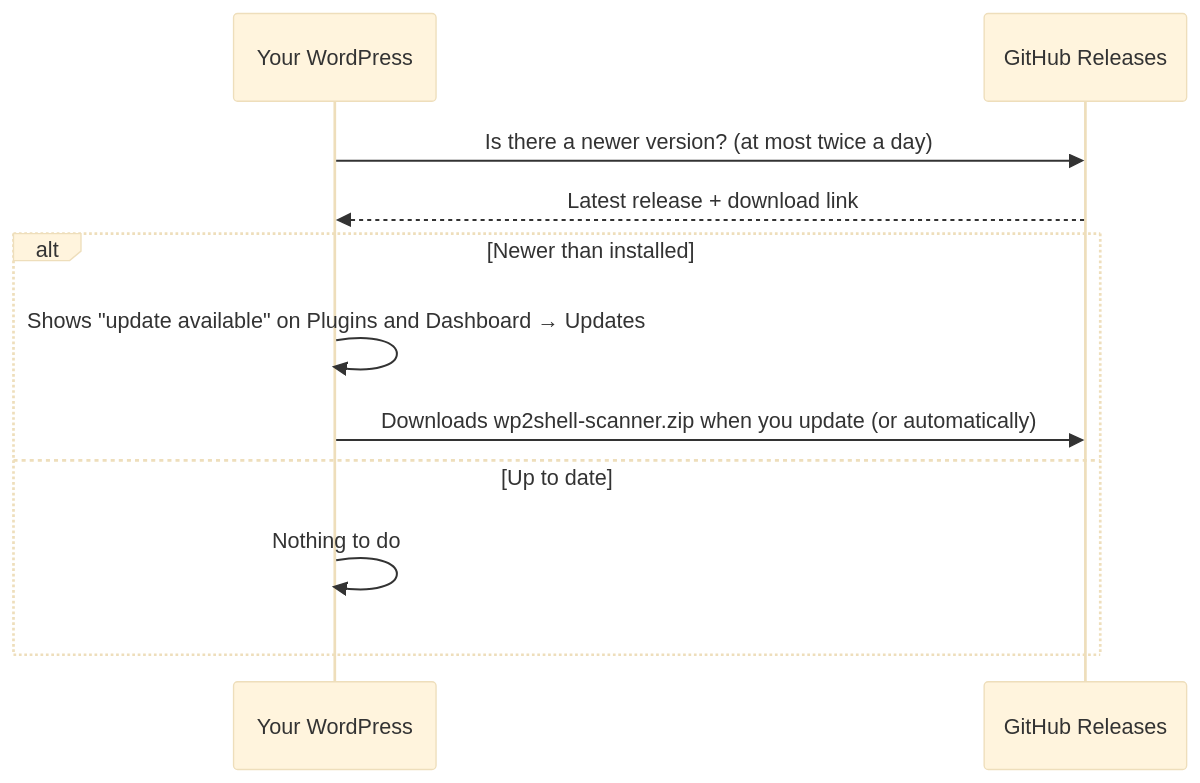
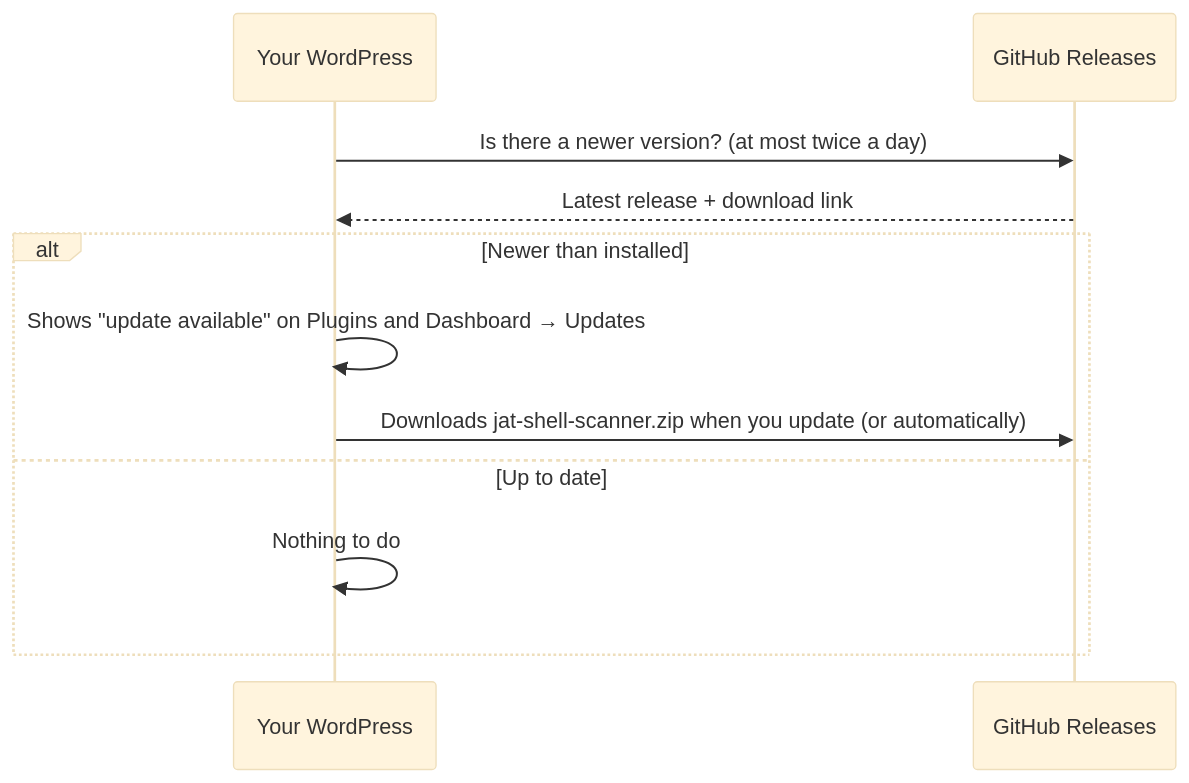
One commit to CptNope/JAT-Shell-Scanner changed the tenth of 17 diagrams in README.md. Above: the diagram before and after it, drawn with Mermaid (base theme). The commit also changed other lines of this file and 18 other files, not shown here.

First line of the commit message:
Use the JAT Shell Scanner name everywhere

````diff
--- a/README.md
+++ b/README.md
@@ -536,13 +536,13 @@
 ```mermaid
 sequenceDiagram
     participant WP as Your WordPress
     participant GH as GitHub Releases
     WP->>GH: Is there a newer version? (at most twice a day)
     GH-->>WP: Latest release + download link
     alt Newer than installed
         WP->>WP: Shows "update available" on Plugins and Dashboard → Updates
-        WP->>GH: Downloads wp2shell-scanner.zip when you update (or automatically)
+        WP->>GH: Downloads jat-shell-scanner.zip when you update (or automatically)
     else Up to date
         WP->>WP: Nothing to do
     end
 ```
````
